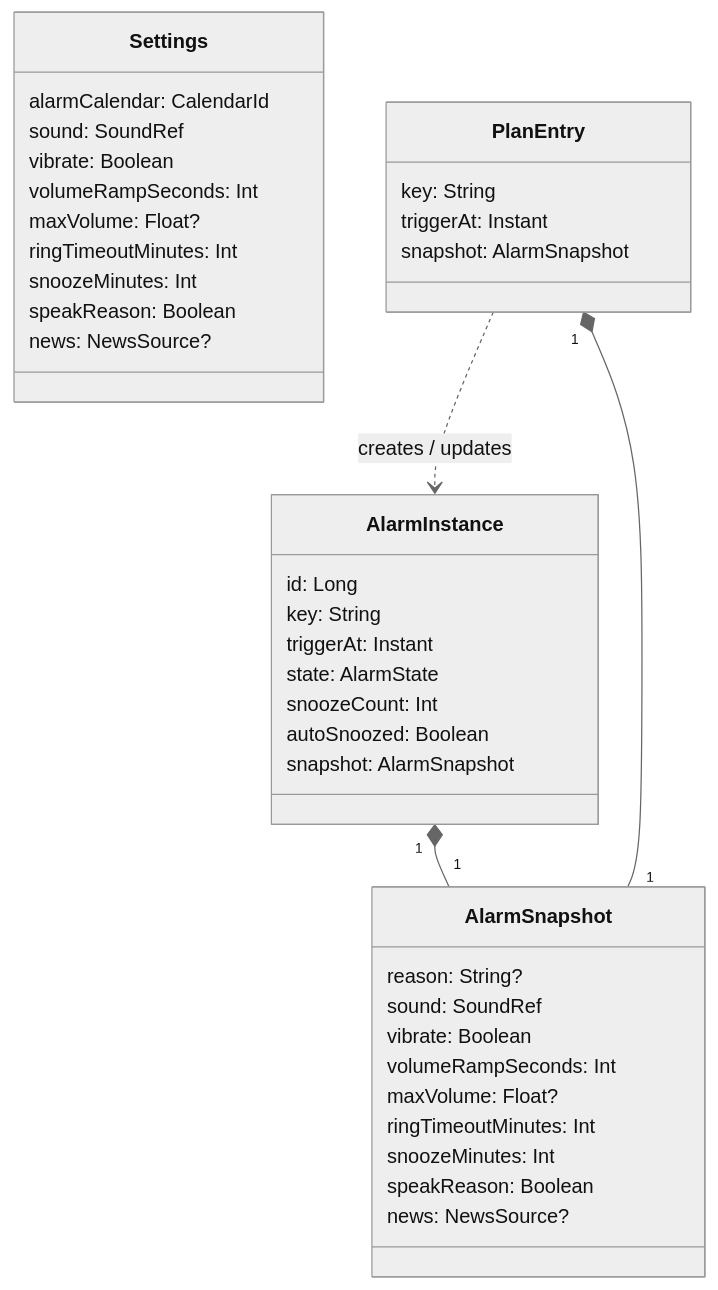
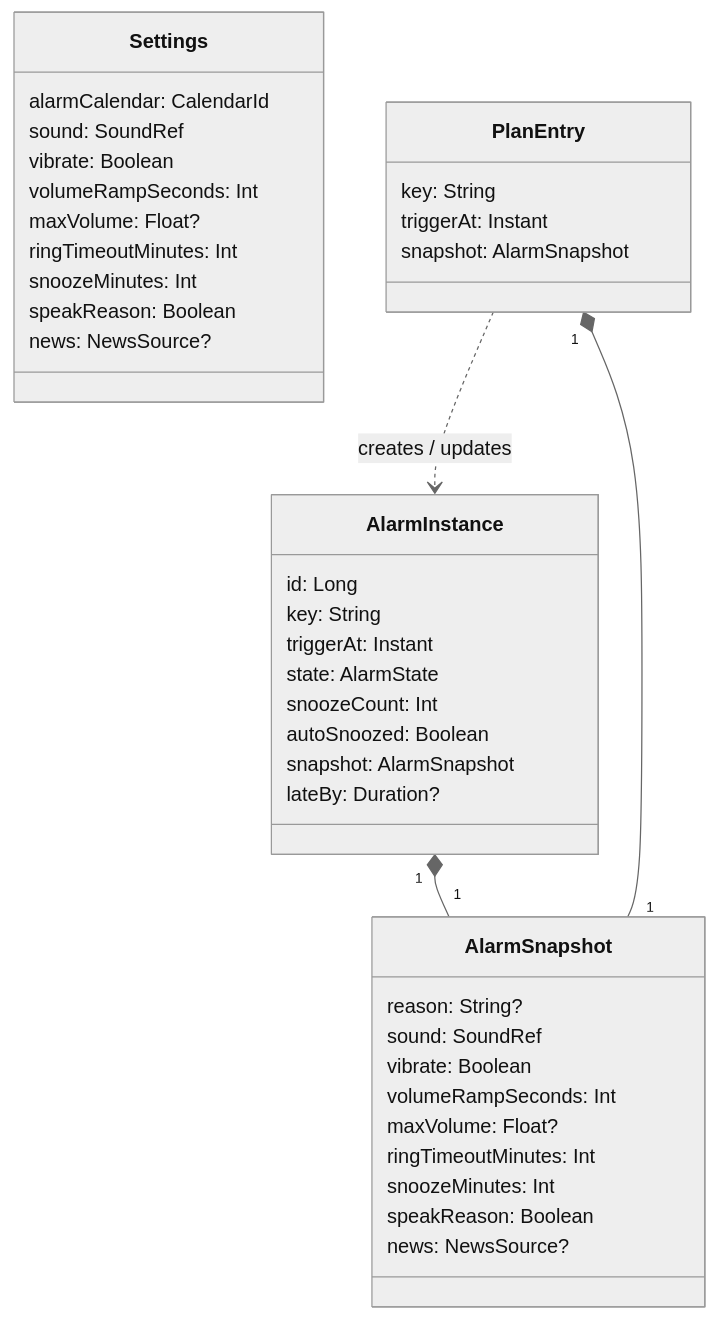
Before and after one commit to drehtuer/NextAlarmApp: the fourth of 4 diagrams in docs/architecture.md, drawn with Mermaid (neutral theme). The commit also changed other lines of this file and 49 other files, not shown here.

````diff
--- a/docs/architecture.md
+++ b/docs/architecture.md
@@ -310,42 +335,43 @@
 ```mermaid
 classDiagram
     class Settings {
         alarmCalendar: CalendarId
         sound: SoundRef
         vibrate: Boolean
         volumeRampSeconds: Int
         maxVolume: Float?
         ringTimeoutMinutes: Int
         snoozeMinutes: Int
         speakReason: Boolean
         news: NewsSource?
     }
     class PlanEntry {
         key: String
         triggerAt: Instant
         snapshot: AlarmSnapshot
     }
     class AlarmInstance {
         id: Long
         key: String
         triggerAt: Instant
         state: AlarmState
         snoozeCount: Int
         autoSnoozed: Boolean
         snapshot: AlarmSnapshot
+        lateBy: Duration?
     }
     class AlarmSnapshot {
         reason: String?
         sound: SoundRef
         vibrate: Boolean
         volumeRampSeconds: Int
         maxVolume: Float?
         ringTimeoutMinutes: Int
         snoozeMinutes: Int
         speakReason: Boolean
         news: NewsSource?
     }
     AlarmInstance "1" *-- "1" AlarmSnapshot
     PlanEntry "1" *-- "1" AlarmSnapshot
     PlanEntry ..> AlarmInstance : creates / updates
 ```
````
